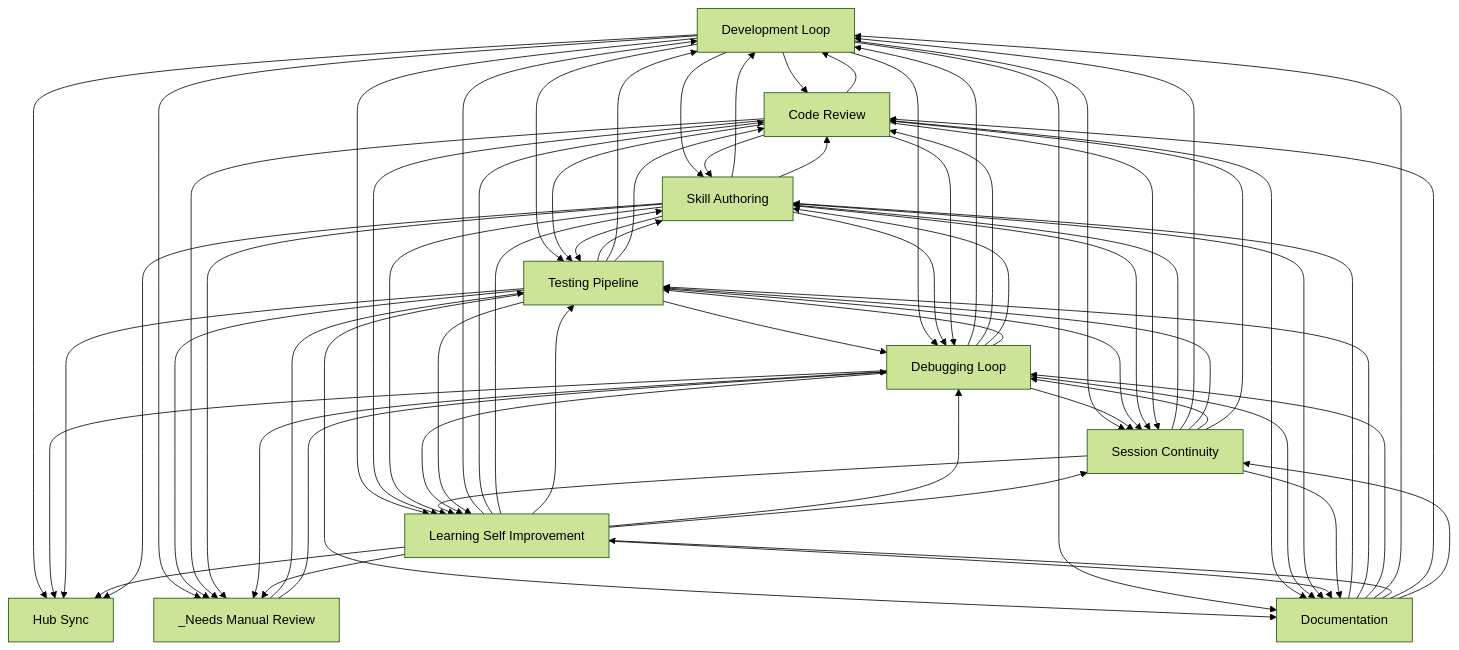
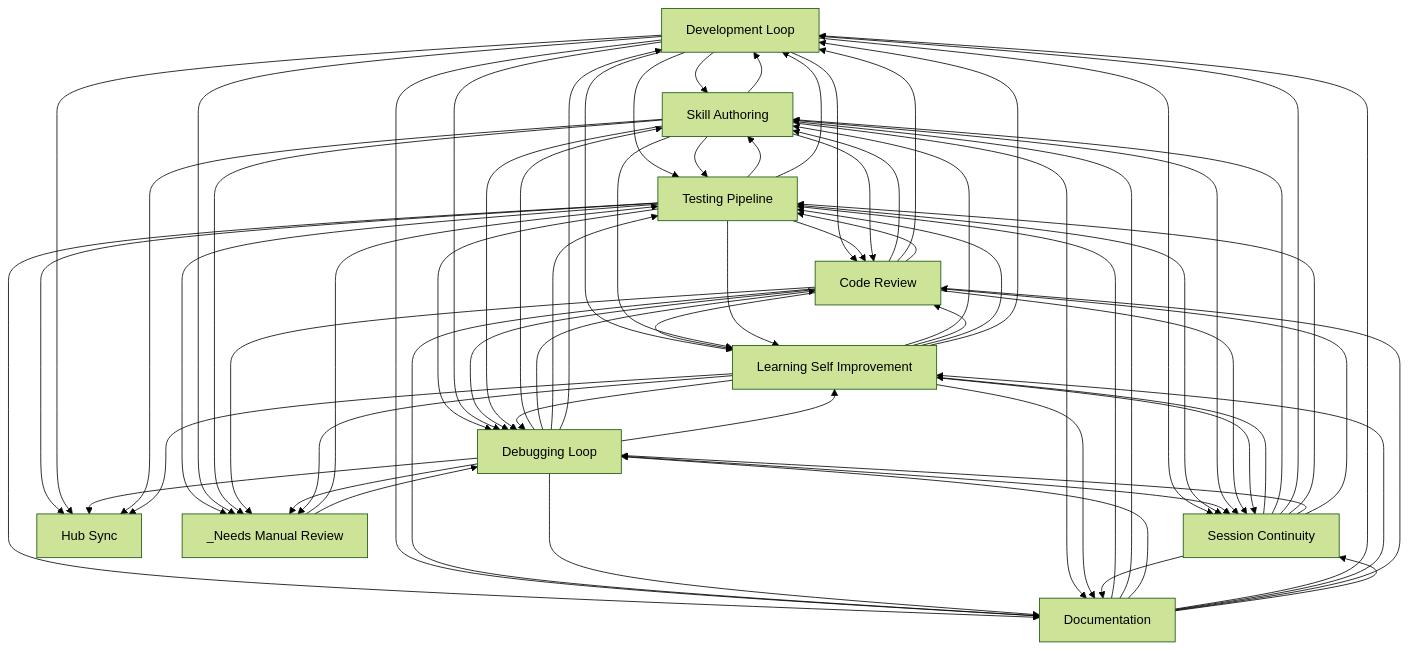
The diagram in docs/workflows/INDEX.md (abhayla/claude-best-practices), drawn with Mermaid (forest theme) before and after one commit. The commit also changed other lines of this file and 12 other files, not shown here.

````diff
--- a/docs/workflows/INDEX.md
+++ b/docs/workflows/INDEX.md
@@ -22,82 +22,82 @@
 ```mermaid
 graph TD
     development_loop[Development Loop]
     testing_pipeline[Testing Pipeline]
     debugging_loop[Debugging Loop]
     learning_self_improvement[Learning Self Improvement]
     session_continuity[Session Continuity]
     skill_authoring[Skill Authoring]
     code_review[Code Review]
     documentation[Documentation]
     hub_sync[Hub Sync]
     _needs_manual_review[_Needs Manual Review]
+    documentation --> testing_pipeline
     documentation --> skill_authoring
-    documentation --> testing_pipeline
+    development_loop --> skill_authoring
     development_loop --> code_review
-    development_loop --> skill_authoring
+    code_review --> skill_authoring
     code_review --> development_loop
-    code_review --> skill_authoring
     development_loop --> learning_self_improvement
     development_loop --> testing_pipeline
     code_review --> learning_self_improvement
     code_review --> testing_pipeline
+    testing_pipeline --> skill_authoring
     skill_authoring --> testing_pipeline
-    testing_pipeline --> skill_authoring
+    testing_pipeline --> code_review
     testing_pipeline --> development_loop
-    testing_pipeline --> code_review
     testing_pipeline --> debugging_loop
     testing_pipeline --> documentation
+    debugging_loop --> skill_authoring
+    debugging_loop --> code_review
+    debugging_loop --> testing_pipeline
     debugging_loop --> development_loop
-    debugging_loop --> code_review
-    debugging_loop --> skill_authoring
-    debugging_loop --> testing_pipeline
     development_loop --> debugging_loop
     development_loop --> documentation
     skill_authoring --> development_loop
     skill_authoring --> code_review
     skill_authoring --> learning_self_improvement
+    testing_pipeline --> _needs_manual_review
     development_loop --> _needs_manual_review
-    testing_pipeline --> _needs_manual_review
+    code_review --> debugging_loop
     code_review --> documentation
     development_loop --> session_continuity
     session_continuity --> learning_self_improvement
     _needs_manual_review --> testing_pipeline
+    testing_pipeline --> learning_self_improvement
+    testing_pipeline --> session_continuity
+    debugging_loop --> learning_self_improvement
     debugging_loop --> session_continuity
-    debugging_loop --> learning_self_improvement
-    testing_pipeline --> session_continuity
-    testing_pipeline --> learning_self_improvement
     debugging_loop --> documentation
     skill_authoring --> session_continuity
     skill_authoring --> debugging_loop
     _needs_manual_review --> debugging_loop
+    learning_self_improvement --> skill_authoring
+    learning_self_improvement --> code_review
+    learning_self_improvement --> testing_pipeline
     learning_self_improvement --> development_loop
-    learning_self_improvement --> code_review
-    learning_self_improvement --> skill_authoring
-    learning_self_improvement --> testing_pipeline
     learning_self_improvement --> debugging_loop
-    code_review --> debugging_loop
+    skill_authoring --> _needs_manual_review
     code_review --> _needs_manual_review
-    skill_authoring --> _needs_manual_review
     debugging_loop --> _needs_manual_review
     skill_authoring --> documentation
     code_review --> session_continuity
     learning_self_improvement --> session_continuity
     session_continuity --> skill_authoring
     session_continuity --> development_loop
     session_continuity --> testing_pipeline
     session_continuity --> debugging_loop
+    testing_pipeline --> hub_sync
     development_loop --> hub_sync
     debugging_loop --> hub_sync
-    testing_pipeline --> hub_sync
+    skill_authoring --> hub_sync
     learning_self_improvement --> hub_sync
-    skill_authoring --> hub_sync
     learning_self_improvement --> _needs_manual_review
     documentation --> debugging_loop
     documentation --> development_loop
     documentation --> learning_self_improvement
     learning_self_improvement --> documentation
     session_continuity --> documentation
     session_continuity --> code_review
     documentation --> code_review
     documentation --> session_continuity
 ```
````
